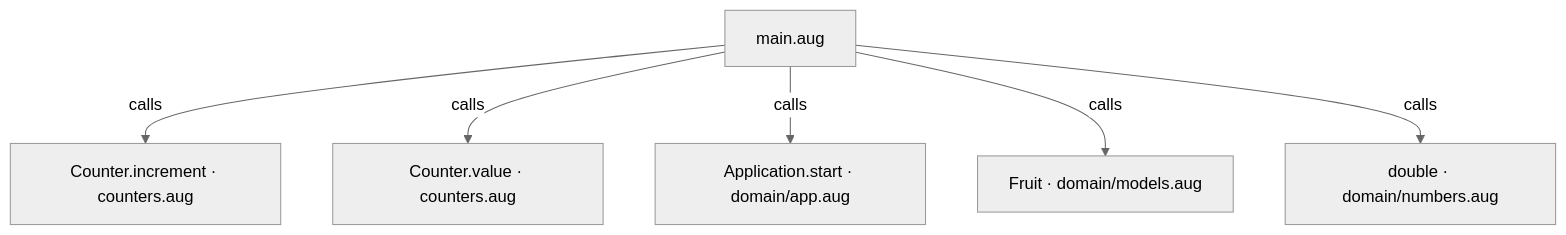
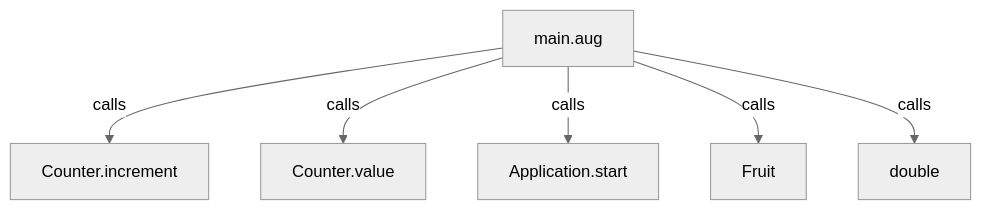
Before and after one commit to GreenPandaStudios/augscript: the second of 4 diagrams in docs/examples/approved-design/main-diagrams.md, drawn with Mermaid (neutral theme). The commit also changed other lines of this file and 524 other files, not shown here.

Commit message:
Explain checked data flow at folder and service levels

````diff
--- a/docs/examples/approved-design/main-diagrams.md
+++ b/docs/examples/approved-design/main-diagrams.md
@@ -34,14 +32,14 @@
 ```mermaid
 flowchart TD
-    n0["Counter.increment · counters.aug"]
-    n1["Counter.value · counters.aug"]
-    n2["Application.start · domain/app.aug"]
-    n3["Fruit · domain/models.aug"]
-    n4["double · domain/numbers.aug"]
+    n0["Counter.increment"]
+    n1["Counter.value"]
+    n2["Application.start"]
+    n3["Fruit"]
+    n4["double"]
     n5["main.aug"]
     n5 -->|"calls"| n0
     n5 -->|"calls"| n1
     n5 -->|"calls"| n2
     n5 -->|"calls"| n3
     n5 -->|"calls"| n4
 ```
````
